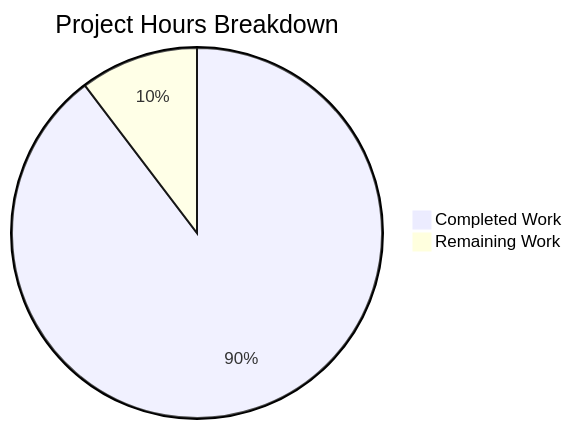
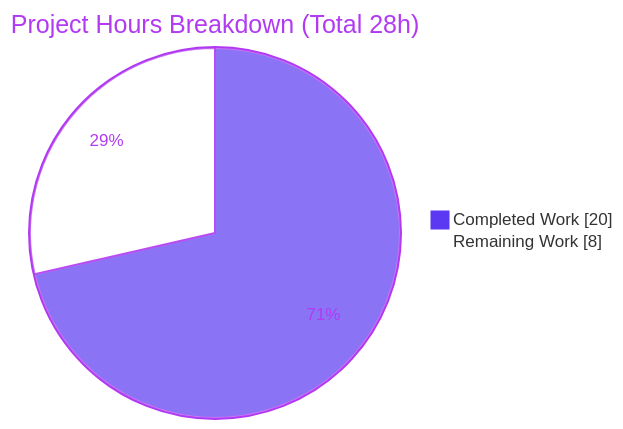
Before and after one commit to hardik-blitzy/react-todo-app: the second of 3 diagrams in blitzy/documentation/Project Guide.md, drawn with Mermaid. The commit also changed other lines of this file, not shown here.

Commit message:
Adding Blitzy Project Guide: Project Status and Human Tasks Remaining

````diff
--- a/blitzy/documentation/Project Guide.md
+++ b/blitzy/documentation/Project Guide.md
@@ -188,5 +181,6 @@
 ```mermaid
-pie title Project Hours Breakdown
-    "Completed Work" : 52
-    "Remaining Work" : 6
+%%{init: {'theme':'base', 'themeVariables': {'pie1':'#5B39F3','pie2':'#FFFFFF','pieStrokeColor':'#B23AF2','pieOuterStrokeColor':'#B23AF2','pieStrokeWidth':'2px','pieOuterStrokeWidth':'2px','pieSectionTextColor':'#B23AF2','pieTitleTextColor':'#B23AF2'}}}%%
+pie showData title Project Hours Breakdown (Total 28h)
+    "Completed Work" : 20
+    "Remaining Work" : 8
 ```
````
